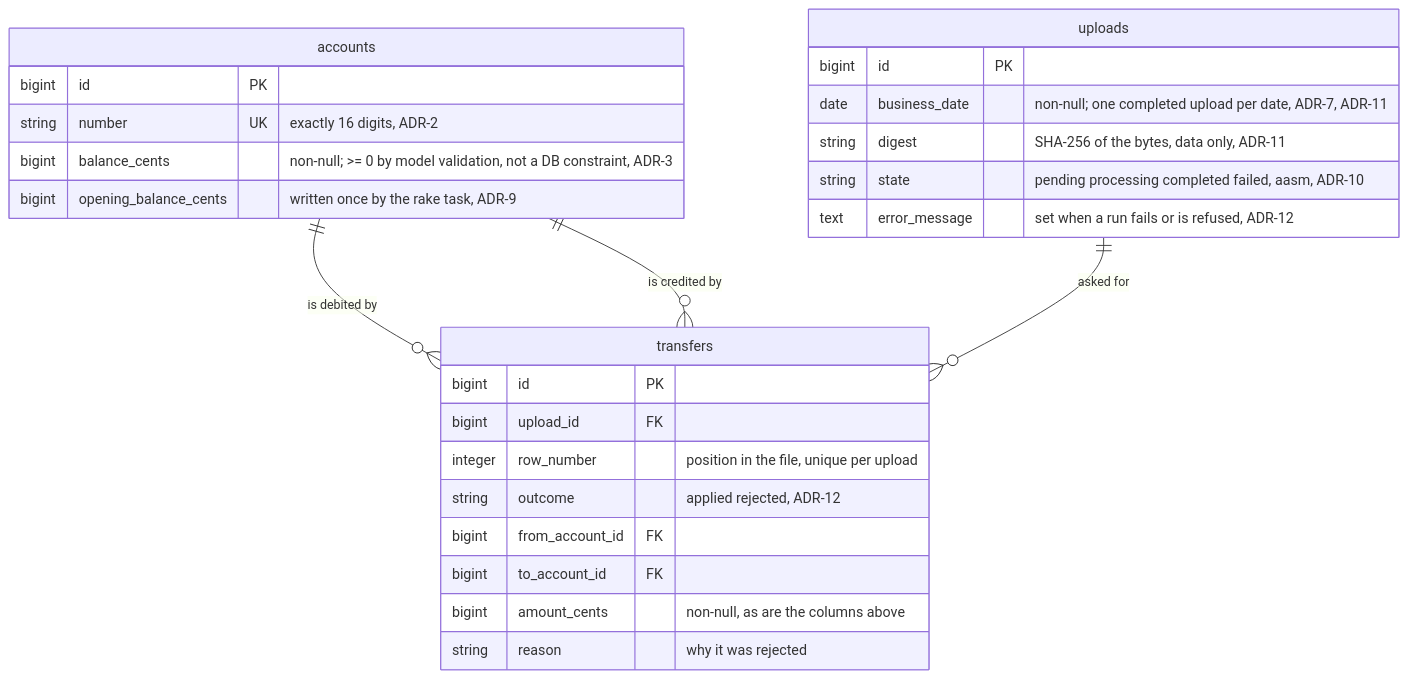
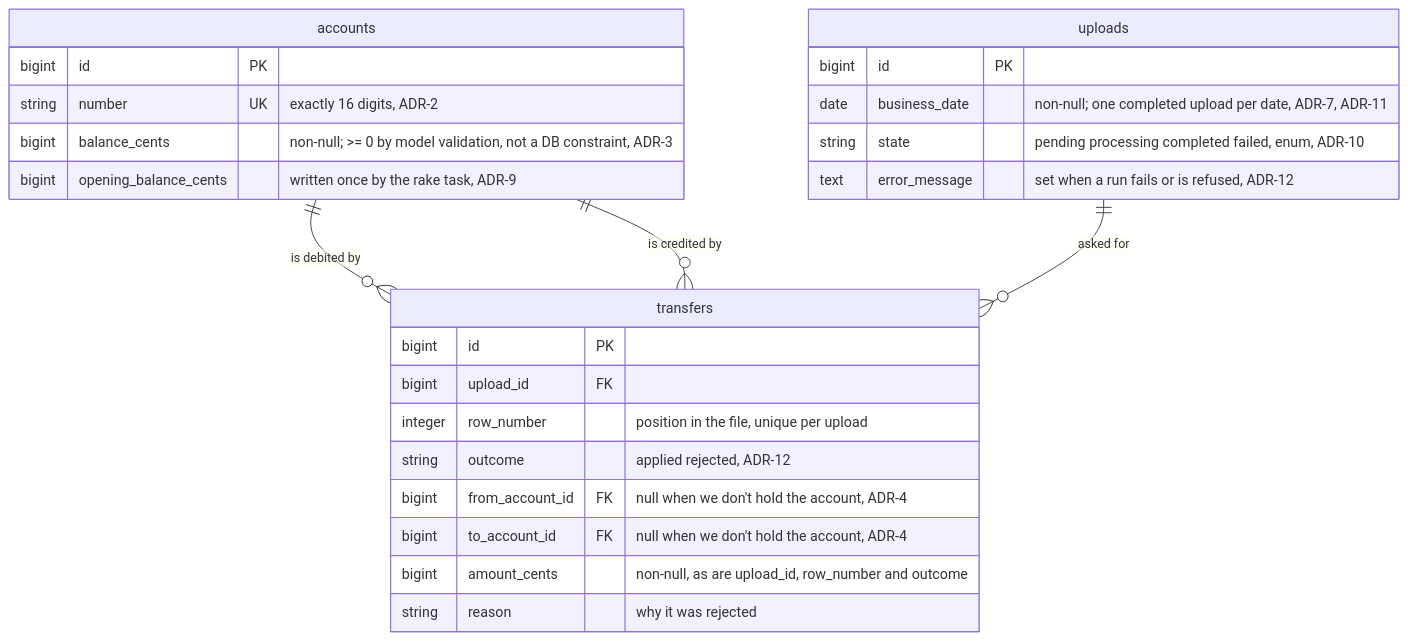
One commit to curious-lab-org/transfer_uploader changed the diagram in README.md. Above: the diagram before and after it, drawn with Mermaid. The commit also changed 18 other files, not shown here.

````diff
--- a/README.md
+++ b/README.md
@@ -151,32 +151,31 @@
 ```mermaid
 erDiagram
     accounts ||--o{ transfers : "is debited by"
     accounts ||--o{ transfers : "is credited by"
     uploads  ||--o{ transfers : "asked for"
 
     accounts {
         bigint id PK
         string number UK "exactly 16 digits, ADR-2"
         bigint balance_cents "non-null; >= 0 by model validation, not a DB constraint, ADR-3"
         bigint opening_balance_cents "written once by the rake task, ADR-9"
     }
 
     uploads {
         bigint id PK
         date business_date "non-null; one completed upload per date, ADR-7, ADR-11"
-        string digest "SHA-256 of the bytes, data only, ADR-11"
-        string state "pending processing completed failed, aasm, ADR-10"
+        string state "pending processing completed failed, enum, ADR-10"
         text error_message "set when a run fails or is refused, ADR-12"
     }
 
     transfers {
         bigint id PK
         bigint upload_id FK
         integer row_number "position in the file, unique per upload"
         string outcome "applied rejected, ADR-12"
-        bigint from_account_id FK
-        bigint to_account_id FK
-        bigint amount_cents "non-null, as are the columns above"
+        bigint from_account_id FK "null when we don't hold the account, ADR-4"
+        bigint to_account_id FK "null when we don't hold the account, ADR-4"
+        bigint amount_cents "non-null, as are upload_id, row_number and outcome"
         string reason "why it was rejected"
     }
 ```
````
